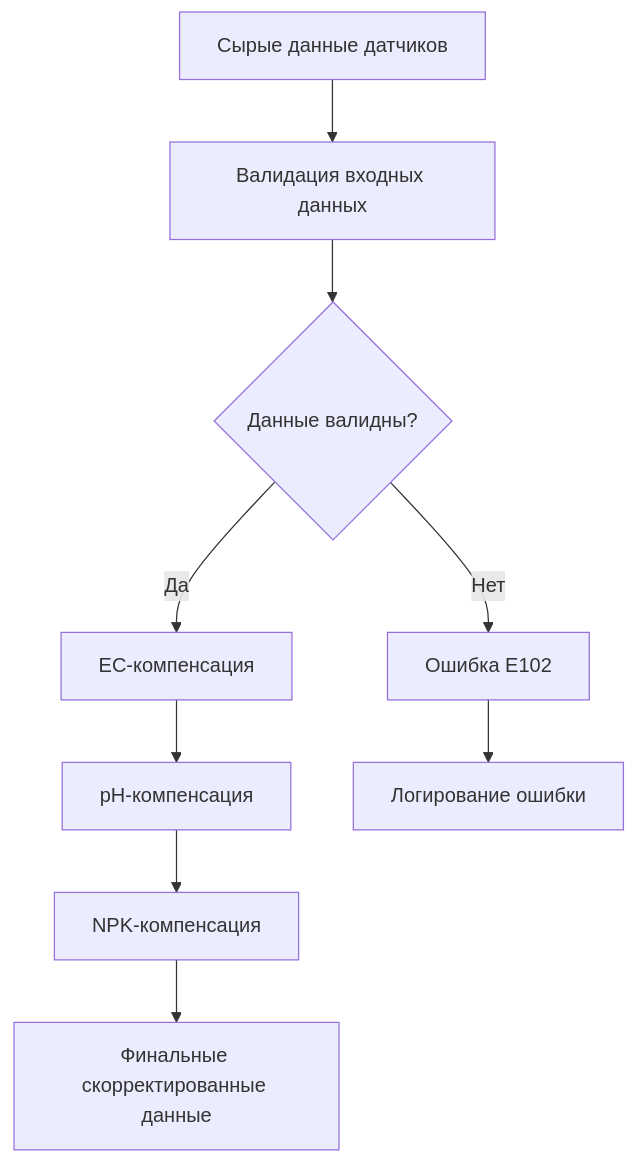
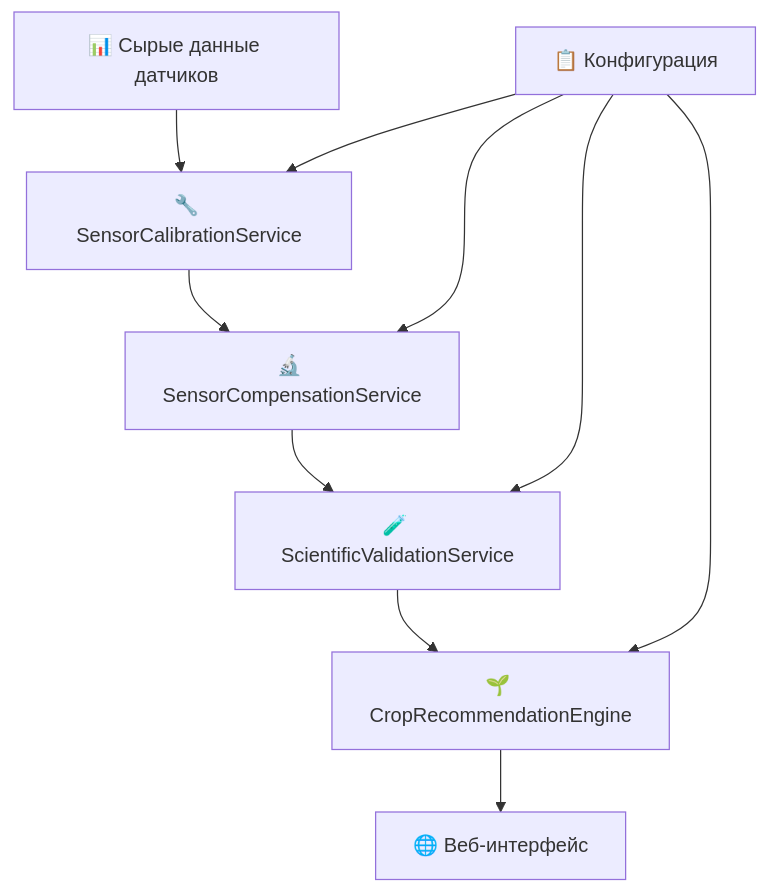
Before and after one commit to szf2020/soil-sensor-7in1: the diagram in docs/manuals/COMPENSATION_GUIDE.md, drawn with Mermaid. The commit also changed other lines of this file and 3 other files, not shown here.

````diff
--- a/docs/manuals/COMPENSATION_GUIDE.md
+++ b/docs/manuals/COMPENSATION_GUIDE.md
@@ -93,11 +93,13 @@
 ```mermaid
 graph TD
-    A[Сырые данные датчиков] --> B[Валидация входных данных]
-    B --> C{Данные валидны?}
-    C -->|Да| D[EC-компенсация]
-    C -->|Нет| E[Ошибка E102]
-    D --> F[pH-компенсация]
-    F --> G[NPK-компенсация]
-    G --> H[Финальные скорректированные данные]
-    E --> I[Логирование ошибки]
+    A[📊 Сырые данные датчиков] --> B[🔧 SensorCalibrationService]
+    B --> C[🔬 SensorCompensationService]
+    C --> D[🧪 ScientificValidationService]
+    D --> E[🌱 CropRecommendationEngine]
+    E --> F[🌐 Веб-интерфейс]
+    
+    G[📋 Конфигурация] --> B
+    G --> C
+    G --> D
+    G --> E
 ```
````
